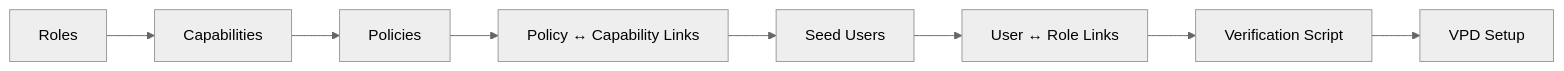
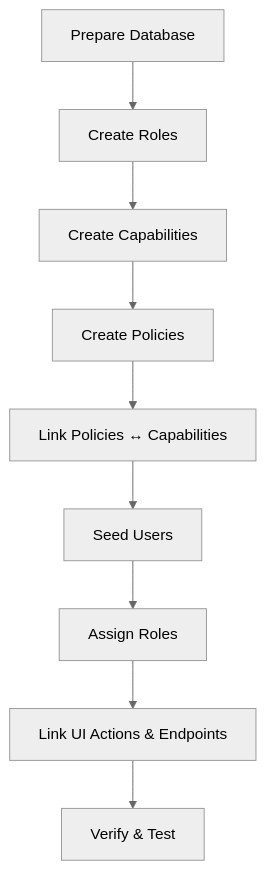
The diagram in docs/RBAC/SETUP_GUIDE.md (LaborManagement/auth-service), drawn with Mermaid (neutral theme) before and after one commit. The commit also changed other lines of this file and 3 other files, not shown here.

````diff
--- a/docs/RBAC/SETUP_GUIDE.md
+++ b/docs/RBAC/SETUP_GUIDE.md
@@ -24,5 +31,11 @@
 ```mermaid
-flowchart LR
-    A[Roles] --> B[Capabilities] --> C[Policies] --> D[Policy ↔ Capability Links]
-    D --> E[Seed Users] --> F[User ↔ Role Links] --> G[Verification Script] --> H[VPD Setup]
+flowchart TD
+    A[Prepare Database] --> B[Create Roles]
+    B --> C[Create Capabilities]
+    C --> D[Create Policies]
+    D --> E[Link Policies ↔ Capabilities]
+    E --> F[Seed Users]
+    F --> G[Assign Roles]
+    G --> H[Link UI Actions & Endpoints]
+    H --> I[Verify & Test]
 ```
````
